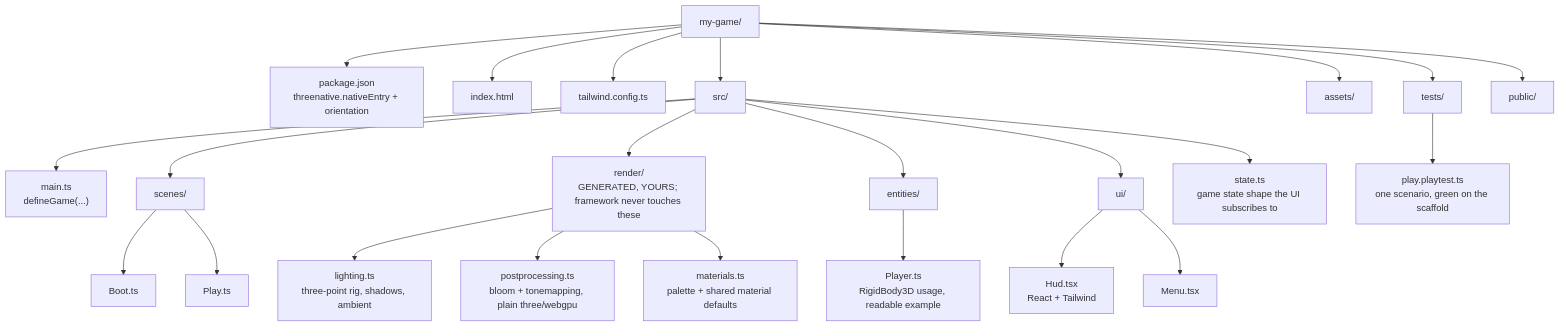
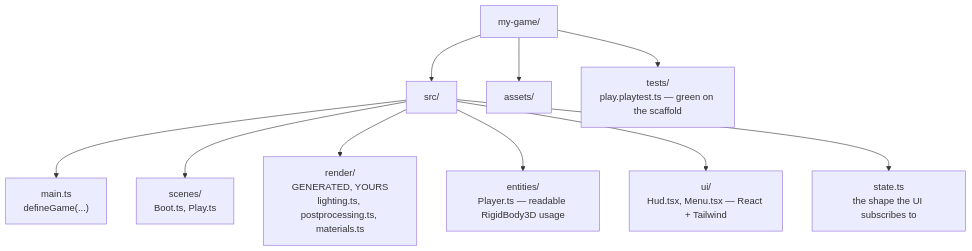
The third of 3 diagrams in docs/architecture/CHARTER.md (ThreeNativeHQ/threenative), drawn with Mermaid before and after one commit. The commit also changed other lines of this file and 36 other files, not shown here.

````diff
--- a/docs/architecture/CHARTER.md
+++ b/docs/architecture/CHARTER.md
@@ -696,45 +506,23 @@
 ```mermaid
 flowchart TD
     project["my-game/"]
-    package["package.json<br/>threenative.nativeEntry + orientation"]
-    index["index.html"]
-    tailwind["tailwind.config.ts"]
     src["src/"]
     main["main.ts<br/>defineGame(...)"]
-    scenes["scenes/"]
-    boot["Boot.ts"]
-    play["Play.ts"]
-    render["render/<br/>GENERATED, YOURS; framework never touches these"]
-    lighting["lighting.ts<br/>three-point rig, shadows, ambient"]
-    post["postprocessing.ts<br/>bloom + tonemapping, plain three/webgpu"]
-    materials["materials.ts<br/>palette + shared material defaults"]
-    entities["entities/"]
-    player["Player.ts<br/>RigidBody3D usage, readable example"]
-    ui["ui/"]
-    hud["Hud.tsx<br/>React + Tailwind"]
-    menu["Menu.tsx"]
-    state["state.ts<br/>game state shape the UI subscribes to"]
+    scenes["scenes/<br/>Boot.ts, Play.ts"]
+    render["render/<br/>GENERATED, YOURS<br/>lighting.ts, postprocessing.ts, materials.ts"]
+    entities["entities/<br/>Player.ts — readable RigidBody3D usage"]
+    ui["ui/<br/>Hud.tsx, Menu.tsx — React + Tailwind"]
+    state["state.ts<br/>the shape the UI subscribes to"]
     assets["assets/"]
-    tests["tests/"]
-    scenario["play.playtest.ts<br/>one scenario, green on the scaffold"]
-    public["public/"]
+    tests["tests/<br/>play.playtest.ts — green on the scaffold"]
 
-    project --> package
-    project --> index
-    project --> tailwind
     project --> src
     src --> main
-    src --> scenes --> boot
-    scenes --> play
+    src --> scenes
     src --> render
-    render --> lighting
-    render --> post
-    render --> materials
-    src --> entities --> player
-    src --> ui --> hud
-    ui --> menu
+    src --> entities
+    src --> ui
     src --> state
     project --> assets
-    project --> tests --> scenario
-    project --> public
+    project --> tests
 ```
````
